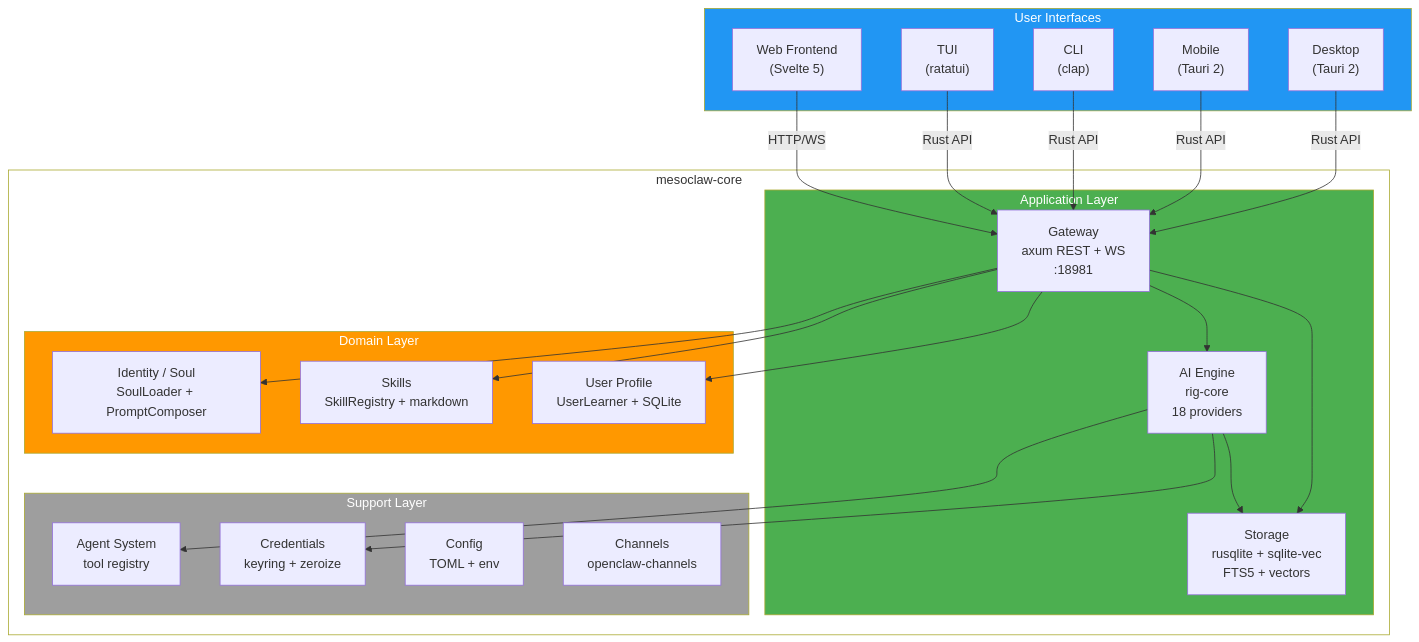
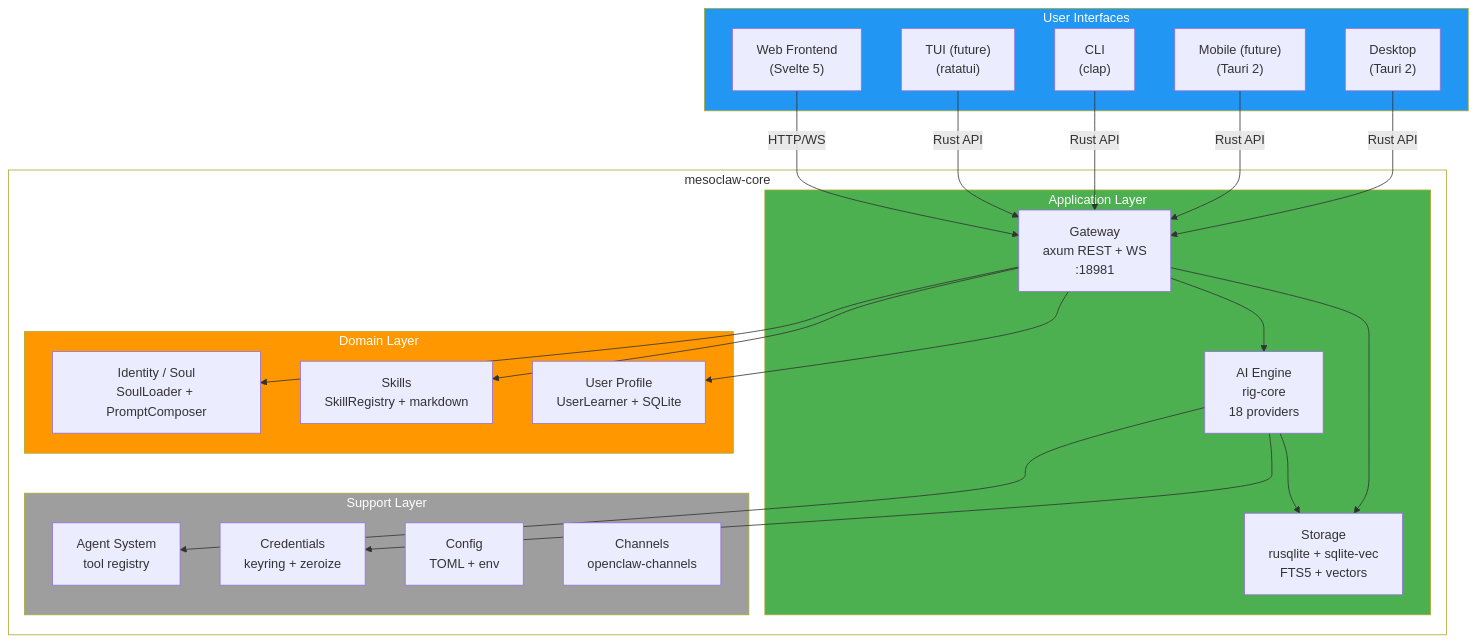
One commit to sprklai/zenii changed the second of 7 diagrams in README.md. Above: the diagram before and after it, drawn with Mermaid. The commit also changed other lines of this file and 64 other files, not shown here.

````diff
--- a/README.md
+++ b/README.md
@@ -60,49 +61,49 @@
 ```mermaid
 graph TB
     subgraph UI["User Interfaces"]
         Desktop["Desktop<br>#40;Tauri 2#41;"]
-        Mobile["Mobile<br>#40;Tauri 2#41;"]
+        Mobile["Mobile #40;future#41;<br>#40;Tauri 2#41;"]
         CLI["CLI<br>#40;clap#41;"]
-        TUI["TUI<br>#40;ratatui#41;"]
+        TUI["TUI #40;future#41;<br>#40;ratatui#41;"]
         Web["Web Frontend<br>#40;Svelte 5#41;"]
     end
 
     subgraph CoreLib["mesoclaw-core"]
         subgraph AppLayer["Application Layer"]
             Gateway["Gateway<br>axum REST + WS<br>:18981"]
             AI["AI Engine<br>rig-core<br>18 providers"]
             Storage["Storage<br>rusqlite + sqlite-vec<br>FTS5 + vectors"]
         end
         subgraph DomainLayer["Domain Layer"]
             Identity["Identity / Soul<br>SoulLoader + PromptComposer"]
             Skills["Skills<br>SkillRegistry + markdown"]
             UserProfile["User Profile<br>UserLearner + SQLite"]
         end
         subgraph SupportLayer["Support Layer"]
             Agent["Agent System<br>tool registry"]
             Creds["Credentials<br>keyring + zeroize"]
             Config["Config<br>TOML + env"]
             Channels["Channels<br>openclaw-channels"]
         end
     end
 
     Desktop -->|Rust API| Gateway
     Mobile -->|Rust API| Gateway
     CLI -->|Rust API| Gateway
     TUI -->|Rust API| Gateway
     Web -->|HTTP/WS| Gateway
     Gateway --> AI
     Gateway --> Storage
     Gateway --> Identity
     Gateway --> Skills
     Gateway --> UserProfile
     AI --> Agent
     AI --> Creds
     AI --> Storage
 
     style UI fill:#2196F3,color:#fff
     style CoreLib fill:none
     style AppLayer fill:#4CAF50,color:#fff
     style DomainLayer fill:#FF9800,color:#fff
     style SupportLayer fill:#9E9E9E,color:#fff
 ```
````
